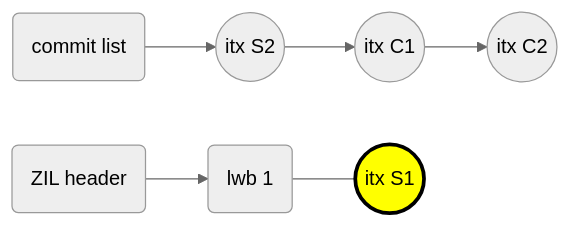
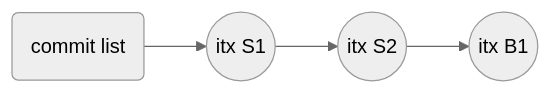
The ninth of 44 diagrams in content/post/2017-10-24-zil-performance-how-i-doubled-sync-write-speed.md (prakashsurya/prakashsurya.github.io), drawn with Mermaid (neutral theme) before and after one commit. The commit also changed other lines of this file, not shown here.

Commit message:
Edit: ZIL Performance: How I Doubled Sync Write Speed (slides)

```diff
--- a/content/post/2017-10-24-zil-performance-how-i-doubled-sync-write-speed.md
+++ b/content/post/2017-10-24-zil-performance-how-i-doubled-sync-write-speed.md
@@ -425,11 +723,6 @@
 <div class="mermaid">
 graph LR
-  CLIST(commit list) --> SLIST-2((itx S2))
-  SLIST-2            --> OBJ-C-1((itx C1))
-  OBJ-C-1            --> OBJ-C-2((itx C2))
-
-  HEADER(ZIL header) --> LWB-1(lwb 1)
-  LWB-1              --- SLIST-1((itx S1))
-
-  style SLIST-1 fill:#ffff00,stroke:#000000,stroke-width:3px
+  CLIST(commit list) --> SLIST-1((itx S1))
+  SLIST-1            --> SLIST-2((itx S2))
+  SLIST-2            --> OBJ-B-1((itx B1))
 </div>
```
